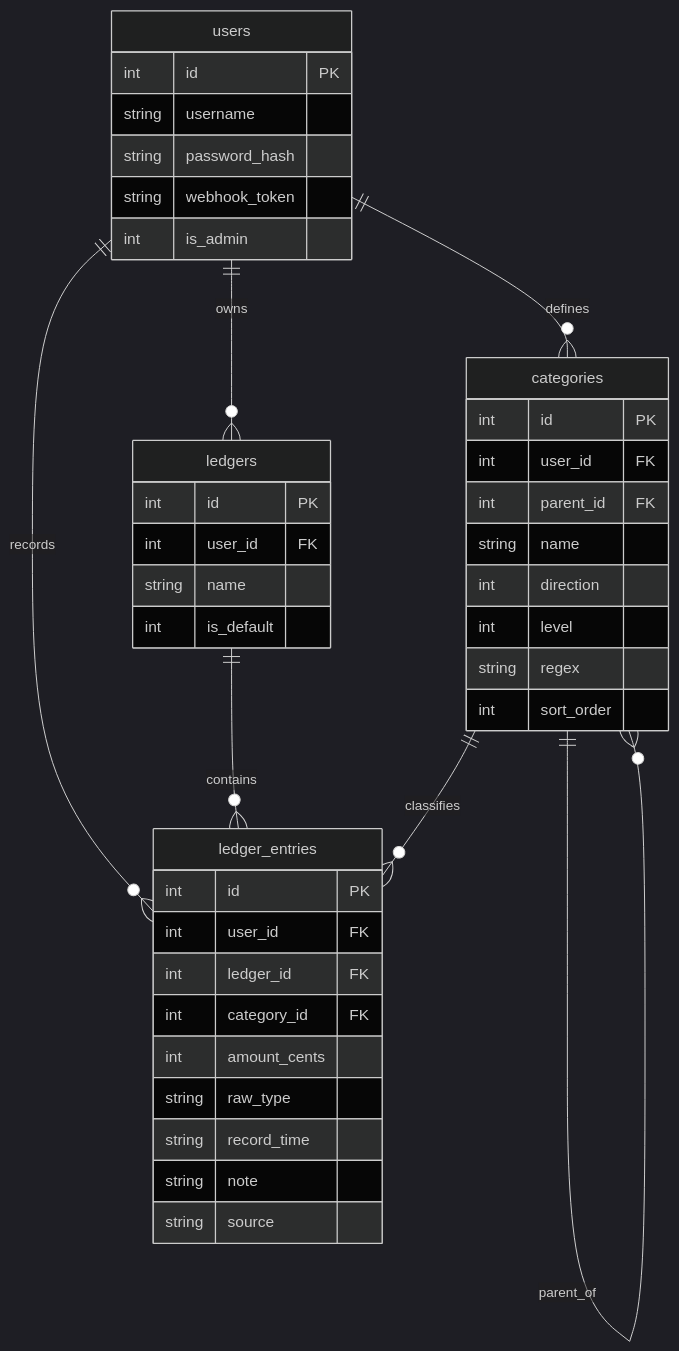
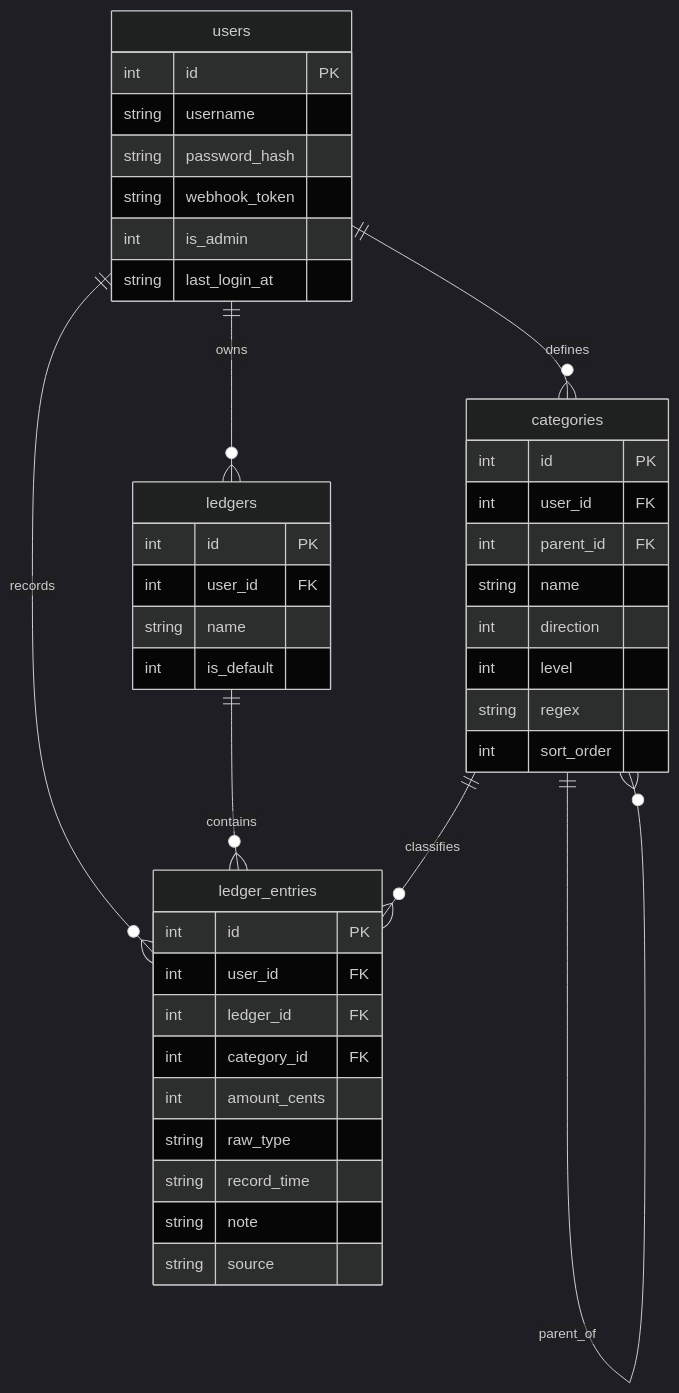
One commit to mutouyun/almanac changed the diagram in docs/ledger_data_model.md. Above: the diagram before and after it, drawn with Mermaid (dark theme). The commit also changed other lines of this file and 1 other file, not shown here.

First line of the commit message:
docs: 同步 last_login_at 字段到数据模型 v3.0 + 技术概要 v1.4

````diff
--- a/docs/ledger_data_model.md
+++ b/docs/ledger_data_model.md
@@ -21,44 +21,45 @@
 ```mermaid
 erDiagram
     users ||--o{ ledgers : owns
     users ||--o{ categories : defines
     users ||--o{ ledger_entries : records
     ledgers ||--o{ ledger_entries : contains
     categories ||--o{ categories : parent_of
     categories ||--o{ ledger_entries : classifies
 
     users {
         int id PK
         string username
         string password_hash
         string webhook_token
         int is_admin
+        string last_login_at
     }
     ledgers {
         int id PK
         int user_id FK
         string name
         int is_default
     }
     categories {
         int id PK
         int user_id FK
         int parent_id FK
         string name
         int direction
         int level
         string regex
         int sort_order
     }
     ledger_entries {
         int id PK
         int user_id FK
         int ledger_id FK
         int category_id FK
         int amount_cents
         string raw_type
         string record_time
         string note
         string source
     }
 ```
````
